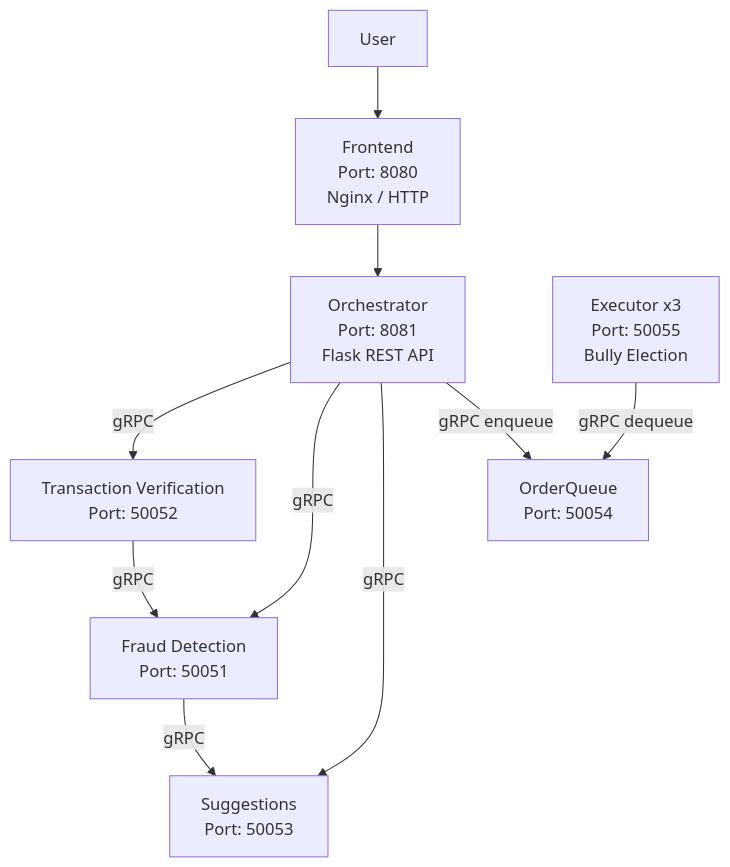
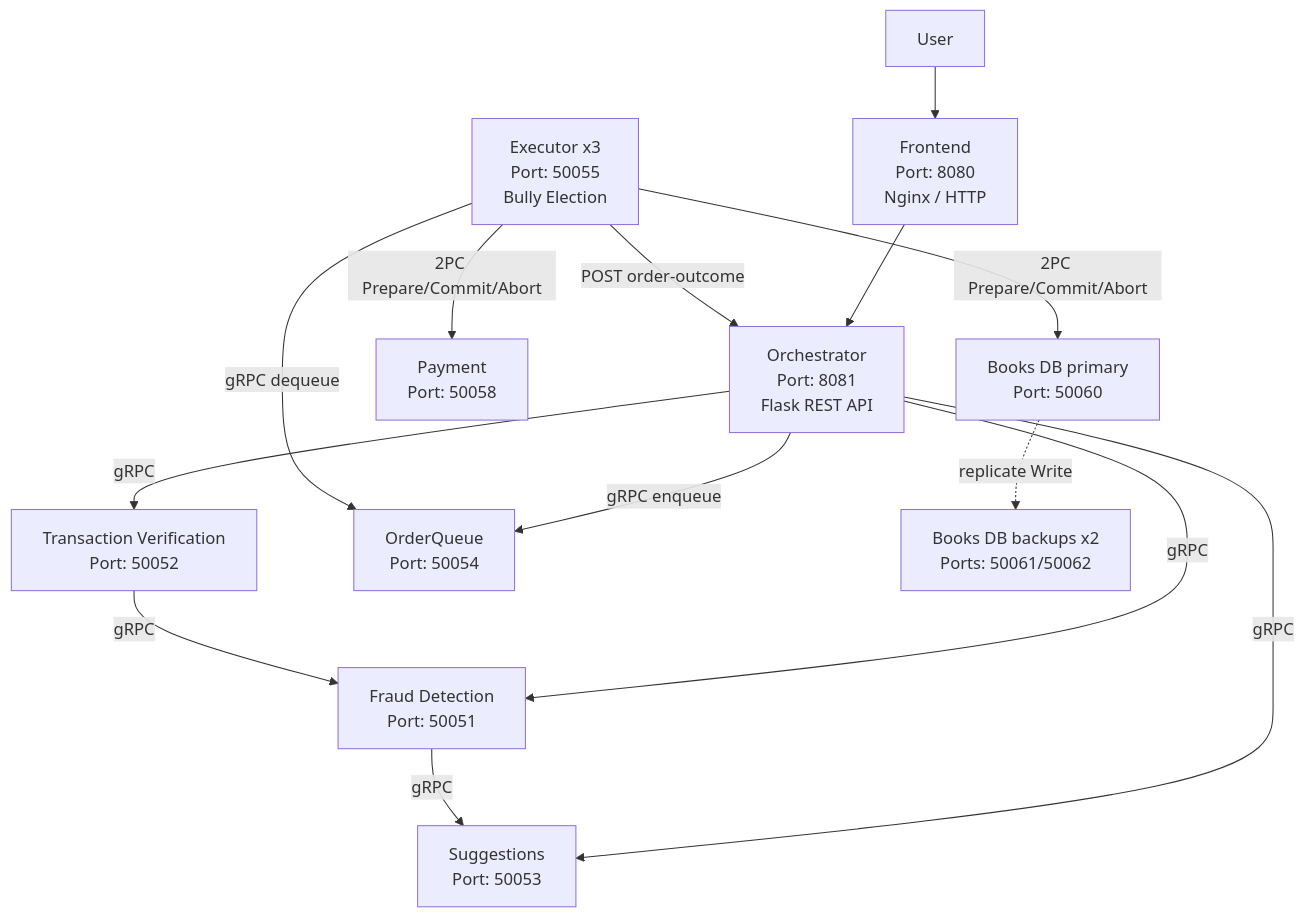
Before and after one commit to renanmorais27/ds-practice-2025: the first of 5 diagrams in README.md, drawn with Mermaid. The commit also changed other lines of this file and 21 other files, not shown here.

````diff
--- a/README.md
+++ b/README.md
@@ -38,12 +38,16 @@
 ```mermaid
 graph TD
     A[User] --> B[Frontend<br/>Port: 8080<br/>Nginx / HTTP]
     B --> C[Orchestrator<br/>Port: 8081<br/>Flask REST API]
     C -->|gRPC| D[Transaction Verification<br/>Port: 50052]
     C -->|gRPC| E[Fraud Detection<br/>Port: 50051]
     C -->|gRPC| F[Suggestions<br/>Port: 50053]
     D -->|gRPC| E
     E -->|gRPC| F
     C -->|gRPC enqueue| G[OrderQueue<br/>Port: 50054]
     H[Executor x3<br/>Port: 50055<br/>Bully Election] -->|gRPC dequeue| G
+    H -->|2PC Prepare/Commit/Abort| I[Payment<br/>Port: 50058]
+    H -->|2PC Prepare/Commit/Abort| J[Books DB primary<br/>Port: 50060]
+    J -.->|replicate Write| K[Books DB backups x2<br/>Ports: 50061/50062]
+    H -->|POST order-outcome| C
 ```
````
